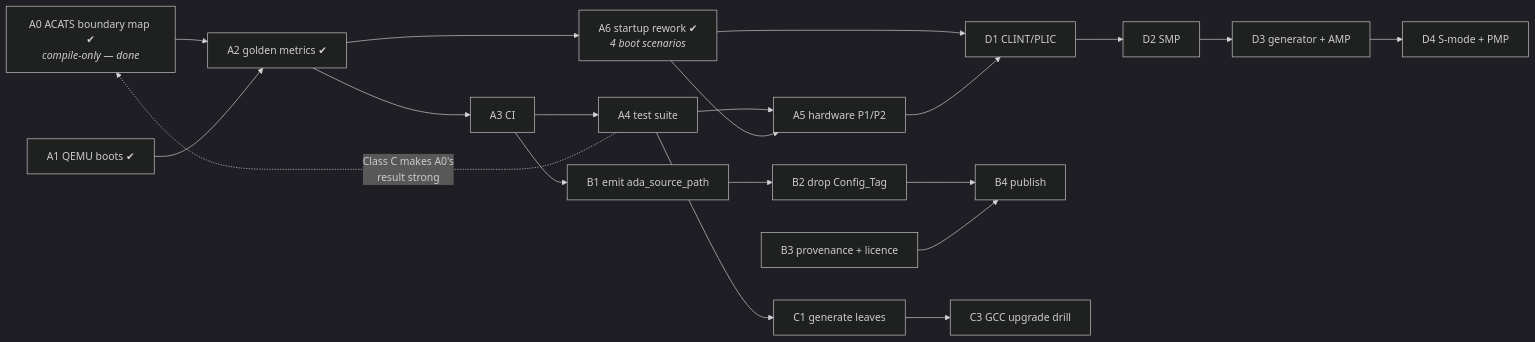
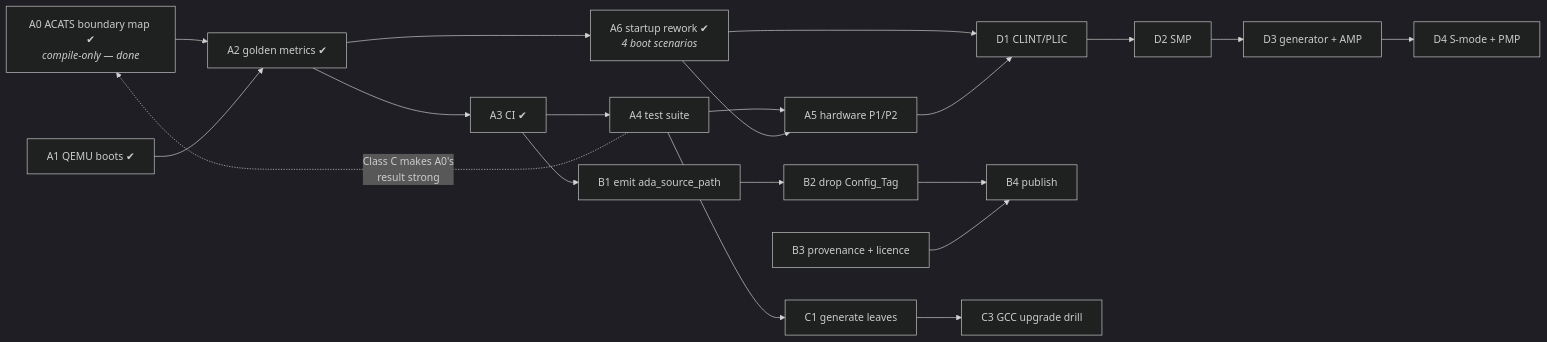
The diagram in RTS-PRODUCTION.md (ThyMYthOS/ada-machine), drawn with Mermaid (dark theme) before and after one commit. The commit also changed other lines of this file, not shown here.

````diff
--- a/RTS-PRODUCTION.md
+++ b/RTS-PRODUCTION.md
@@ -343,12 +347,12 @@
 ```mermaid
 graph LR
     A0["A0 ACATS boundary map ✔<br/><i>compile-only — done</i>"] --> A2["A2 golden metrics ✔"]
-    A1["A1 QEMU boots ✔"] --> A2 --> A3["A3 CI"] --> A4["A4 test suite"] --> A5["A5 hardware P1/P2"]
+    A1["A1 QEMU boots ✔"] --> A2 --> A3["A3 CI ✔"] --> A4["A4 test suite"] --> A5["A5 hardware P1/P2"]
     A2 --> A6["A6 startup rework ✔<br/><i>4 boot scenarios</i>"] --> A5
     A6 --> D1
     A3 --> B1["B1 emit ada_source_path"] --> B2["B2 drop Config_Tag"] --> B4["B4 publish"]
     B3["B3 provenance + licence"] --> B4
     A4 --> C1["C1 generate leaves"] --> C3["C3 GCC upgrade drill"]
     A5 --> D1["D1 CLINT/PLIC"] --> D2["D2 SMP"] --> D3["D3 generator + AMP"] --> D4["D4 S-mode + PMP"]
     A4 -.->|"Class C makes A0's<br/>result strong"| A0
 ```
````
